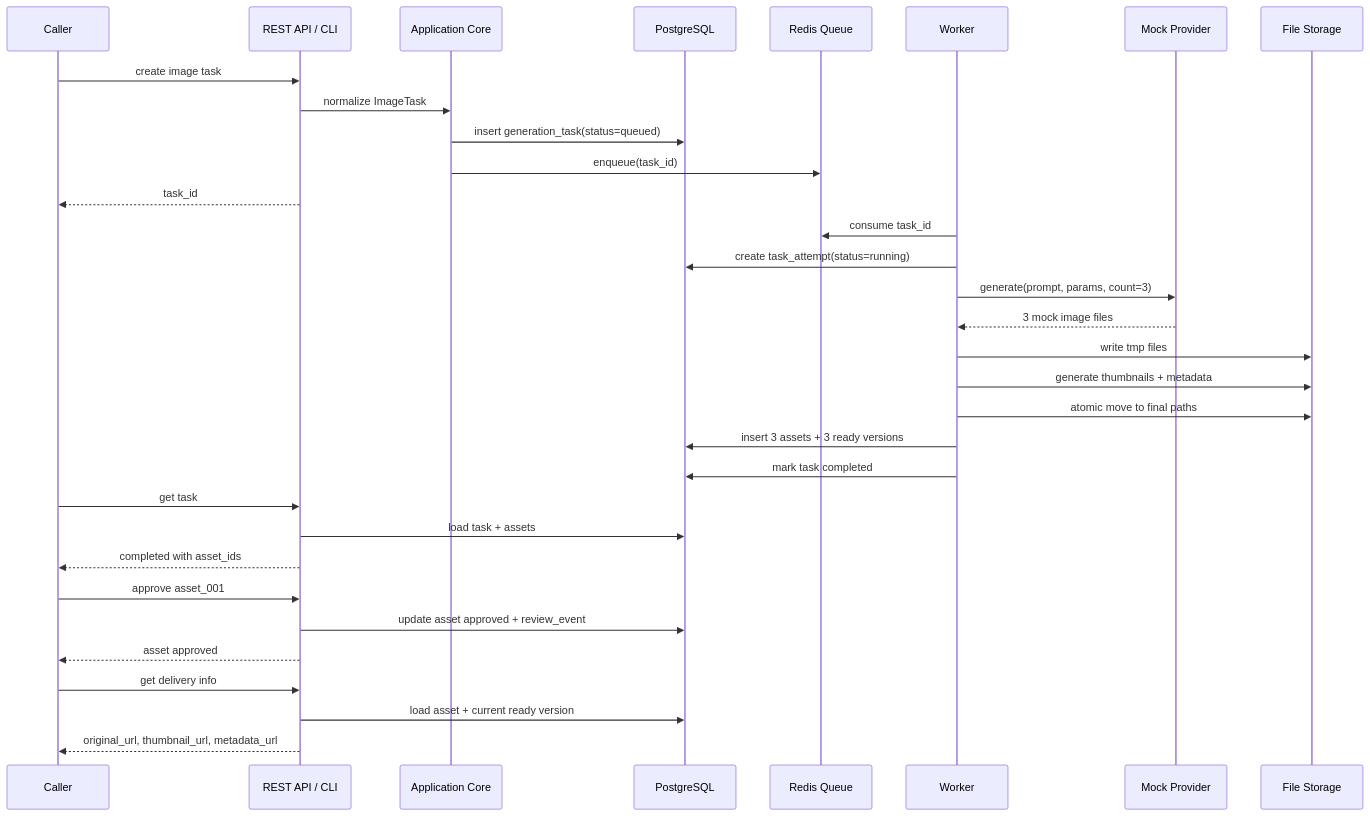
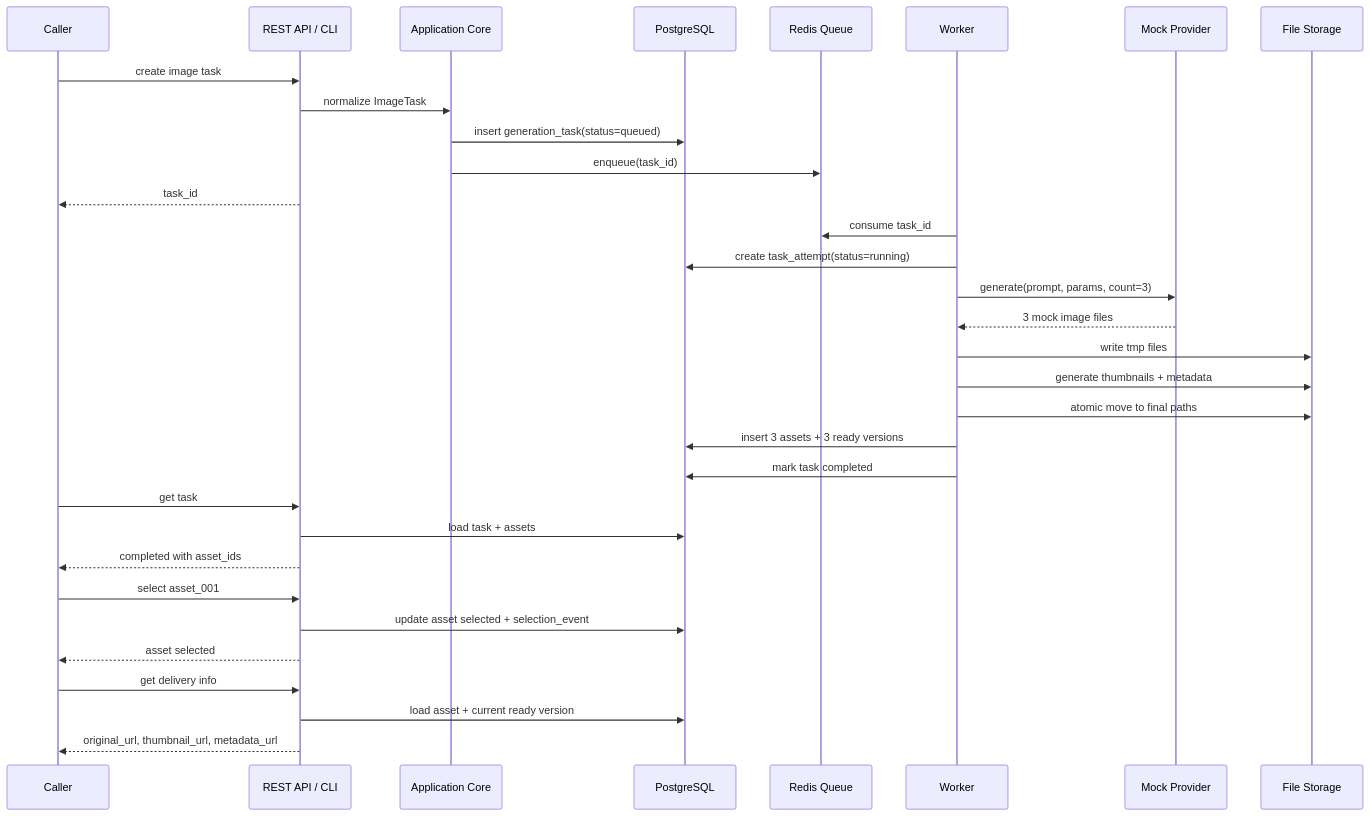
The second of 5 diagrams in docs/project/IMPLEMENTATION_REVIEW_AND_FLOW_SIMULATION.md (billionsheep/agent-imageflow), drawn with Mermaid before and after one commit. The commit also changed other lines of this file and 147 other files, not shown here.

Commit message:
Refine docs for MVP selection flow

````diff
--- a/docs/project/IMPLEMENTATION_REVIEW_AND_FLOW_SIMULATION.md
+++ b/docs/project/IMPLEMENTATION_REVIEW_AND_FLOW_SIMULATION.md
@@ -103,39 +103,39 @@
 ```mermaid
 sequenceDiagram
   participant Caller as Caller
   participant API as REST API / CLI
   participant Core as Application Core
   participant DB as PostgreSQL
   participant Q as Redis Queue
   participant WK as Worker
   participant Provider as Mock Provider
   participant FS as File Storage
 
   Caller->>API: create image task
   API->>Core: normalize ImageTask
   Core->>DB: insert generation_task(status=queued)
   Core->>Q: enqueue(task_id)
   API-->>Caller: task_id
 
   WK->>Q: consume task_id
   WK->>DB: create task_attempt(status=running)
   WK->>Provider: generate(prompt, params, count=3)
   Provider-->>WK: 3 mock image files
   WK->>FS: write tmp files
   WK->>FS: generate thumbnails + metadata
   WK->>FS: atomic move to final paths
   WK->>DB: insert 3 assets + 3 ready versions
   WK->>DB: mark task completed
 
   Caller->>API: get task
   API->>DB: load task + assets
   API-->>Caller: completed with asset_ids
 
-  Caller->>API: approve asset_001
-  API->>DB: update asset approved + review_event
-  API-->>Caller: asset approved
+  Caller->>API: select asset_001
+  API->>DB: update asset selected + selection_event
+  API-->>Caller: asset selected
 
   Caller->>API: get delivery info
   API->>DB: load asset + current ready version
   API-->>Caller: original_url, thumbnail_url, metadata_url
 ```
````
